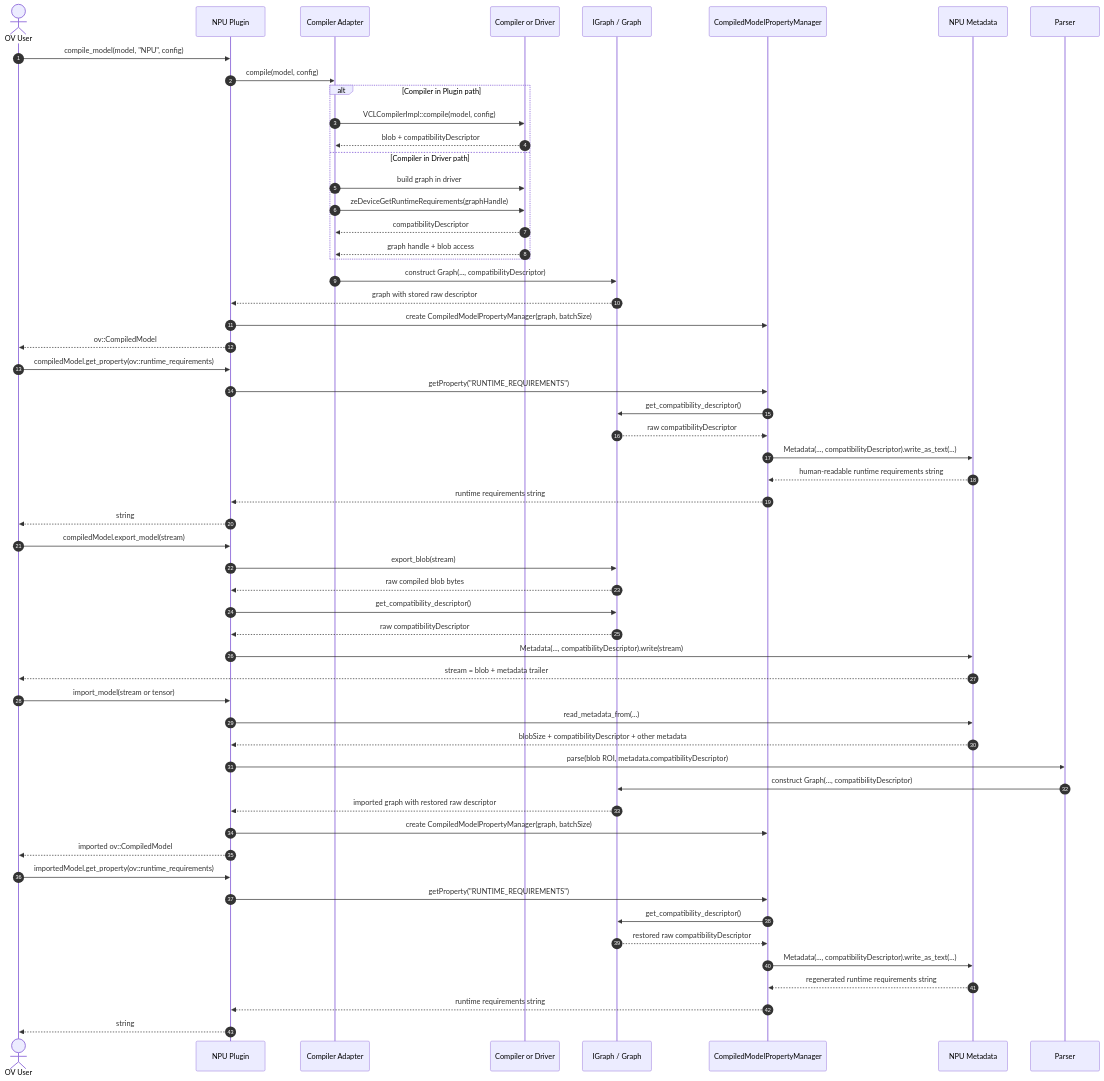
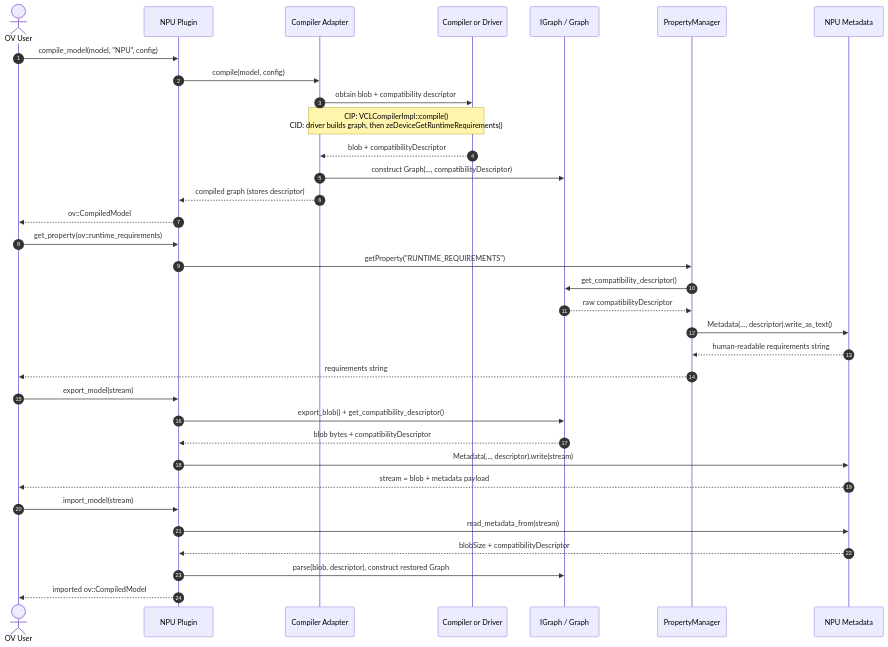
The diagram in src/plugins/intel_npu/docs/runtime-requirements.md (openvinotoolkit/openvino), drawn with Mermaid before and after one commit.

Commit message:
Simplify diagram

````diff
--- a/src/plugins/intel_npu/docs/runtime-requirements.md
+++ b/src/plugins/intel_npu/docs/runtime-requirements.md
@@ -19,65 +19,40 @@
 ```mermaid
 sequenceDiagram
     autonumber
     actor User as OV User
     participant Plugin as NPU Plugin
     participant Adapter as Compiler Adapter
     participant Compiler as Compiler or Driver
     participant Graph as IGraph / Graph
-    participant PM as CompiledModelPropertyManager
+    participant PM as PropertyManager
     participant Meta as NPU Metadata
-    participant Parser as Parser
 
     User->>Plugin: compile_model(model, "NPU", config)
     Plugin->>Adapter: compile(model, config)
-
-    alt Compiler in Plugin path
-        Adapter->>Compiler: VCLCompilerImpl::compile(model, config)
-        Compiler-->>Adapter: blob + compatibilityDescriptor
-    else Compiler in Driver path
-        Adapter->>Compiler: build graph in driver
-        Adapter->>Compiler: zeDeviceGetRuntimeRequirements(graphHandle)
-        Compiler-->>Adapter: compatibilityDescriptor
-        Compiler-->>Adapter: graph handle + blob access
-    end
-
+    Adapter->>Compiler: obtain blob + compatibility descriptor
+    Note over Adapter,Compiler: CIP: VCLCompilerImpl::compile()<br/>CID: driver builds graph, then zeDeviceGetRuntimeRequirements()
+    Compiler-->>Adapter: blob + compatibilityDescriptor
     Adapter->>Graph: construct Graph(..., compatibilityDescriptor)
-    Graph-->>Plugin: graph with stored raw descriptor
-    Plugin->>PM: create CompiledModelPropertyManager(graph, batchSize)
+    Adapter-->>Plugin: compiled graph (stores descriptor)
     Plugin-->>User: ov::CompiledModel
 
-    User->>Plugin: compiledModel.get_property(ov::runtime_requirements)
+    User->>Plugin: get_property(ov::runtime_requirements)
     Plugin->>PM: getProperty("RUNTIME_REQUIREMENTS")
     PM->>Graph: get_compatibility_descriptor()
     Graph-->>PM: raw compatibilityDescriptor
-    PM->>Meta: Metadata(..., compatibilityDescriptor).write_as_text(...)
-    Meta-->>PM: human-readable runtime requirements string
-    PM-->>Plugin: runtime requirements string
-    Plugin-->>User: string
+    PM->>Meta: Metadata(..., descriptor).write_as_text()
+    Meta-->>PM: human-readable requirements string
+    PM-->>User: requirements string
 
-    User->>Plugin: compiledModel.export_model(stream)
-    Plugin->>Graph: export_blob(stream)
-    Graph-->>Plugin: raw compiled blob bytes
-    Plugin->>Graph: get_compatibility_descriptor()
-    Graph-->>Plugin: raw compatibilityDescriptor
-    Plugin->>Meta: Metadata(..., compatibilityDescriptor).write(stream)
-    Meta-->>User: stream = blob + metadata trailer
+    User->>Plugin: export_model(stream)
+    Plugin->>Graph: export_blob() + get_compatibility_descriptor()
+    Graph-->>Plugin: blob bytes + compatibilityDescriptor
+    Plugin->>Meta: Metadata(..., descriptor).write(stream)
+    Meta-->>User: stream = blob + metadata payload
 
-    User->>Plugin: import_model(stream or tensor)
-    Plugin->>Meta: read_metadata_from(...)
-    Meta-->>Plugin: blobSize + compatibilityDescriptor + other metadata
-    Plugin->>Parser: parse(blob ROI, metadata.compatibilityDescriptor)
-    Parser->>Graph: construct Graph(..., compatibilityDescriptor)
-    Graph-->>Plugin: imported graph with restored raw descriptor
-    Plugin->>PM: create CompiledModelPropertyManager(graph, batchSize)
+    User->>Plugin: import_model(stream)
+    Plugin->>Meta: read_metadata_from(stream)
+    Meta-->>Plugin: blobSize + compatibilityDescriptor
+    Plugin->>Graph: parse(blob, descriptor), construct restored Graph
     Plugin-->>User: imported ov::CompiledModel
-
-    User->>Plugin: importedModel.get_property(ov::runtime_requirements)
-    Plugin->>PM: getProperty("RUNTIME_REQUIREMENTS")
-    PM->>Graph: get_compatibility_descriptor()
-    Graph-->>PM: restored raw compatibilityDescriptor
-    PM->>Meta: Metadata(..., compatibilityDescriptor).write_as_text(...)
-    Meta-->>PM: regenerated runtime requirements string
-    PM-->>Plugin: runtime requirements string
-    Plugin-->>User: string
 ```
````
